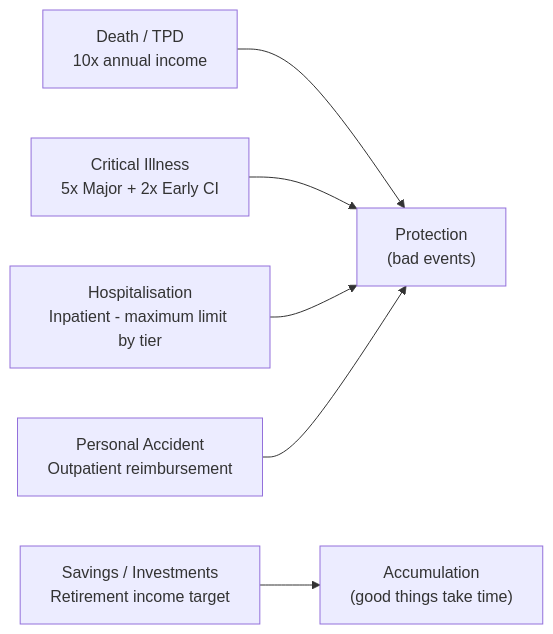
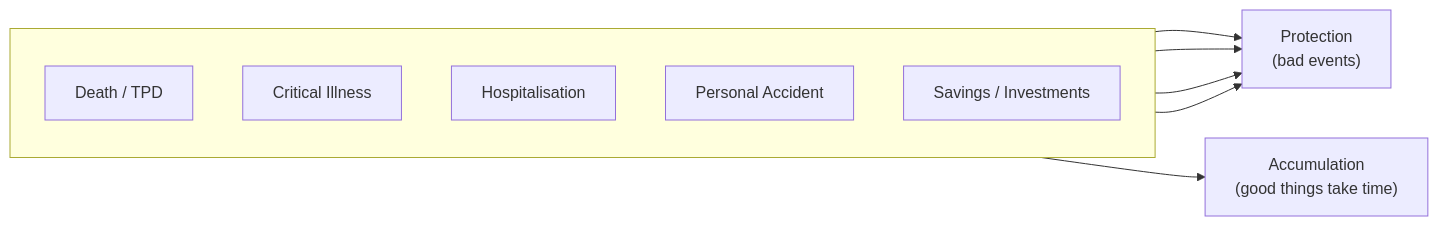
Before and after one commit to leotansingapore/aia-product-compass-hub: the first of 2 diagrams in docs/first-60-days/week-2/day-07.md, drawn with Mermaid. The commit also changed other lines of this file and 3 other files, not shown here.

Commit message:
Mermaid charts now render at calmer proportions, with the worst Day 1, 2, and 7 charts trimmed to short labels

````diff
--- a/docs/first-60-days/week-2/day-07.md
+++ b/docs/first-60-days/week-2/day-07.md
@@ -42,11 +42,16 @@
 ```mermaid
 flowchart LR
-    D["Death / TPD<br/>10x annual income"]
-    CI["Critical Illness<br/>5x Major + 2x Early CI"]
-    H["Hospitalisation<br/>Inpatient - maximum limit by tier"]
-    AC["Personal Accident<br/>Outpatient reimbursement"]
-    S["Savings / Investments<br/>Retirement income target"]
-
-    D & CI & H & AC --> P["Protection<br/>(bad events)"]
+    subgraph SEG[" "]
+        direction TB
+        D["Death / TPD"]
+        CI["Critical Illness"]
+        H["Hospitalisation"]
+        AC["Personal Accident"]
+        S["Savings / Investments"]
+    end
+    D --> P["Protection<br/>(bad events)"]
+    CI --> P
+    H --> P
+    AC --> P
     S --> A["Accumulation<br/>(good things take time)"]
 ```
````
